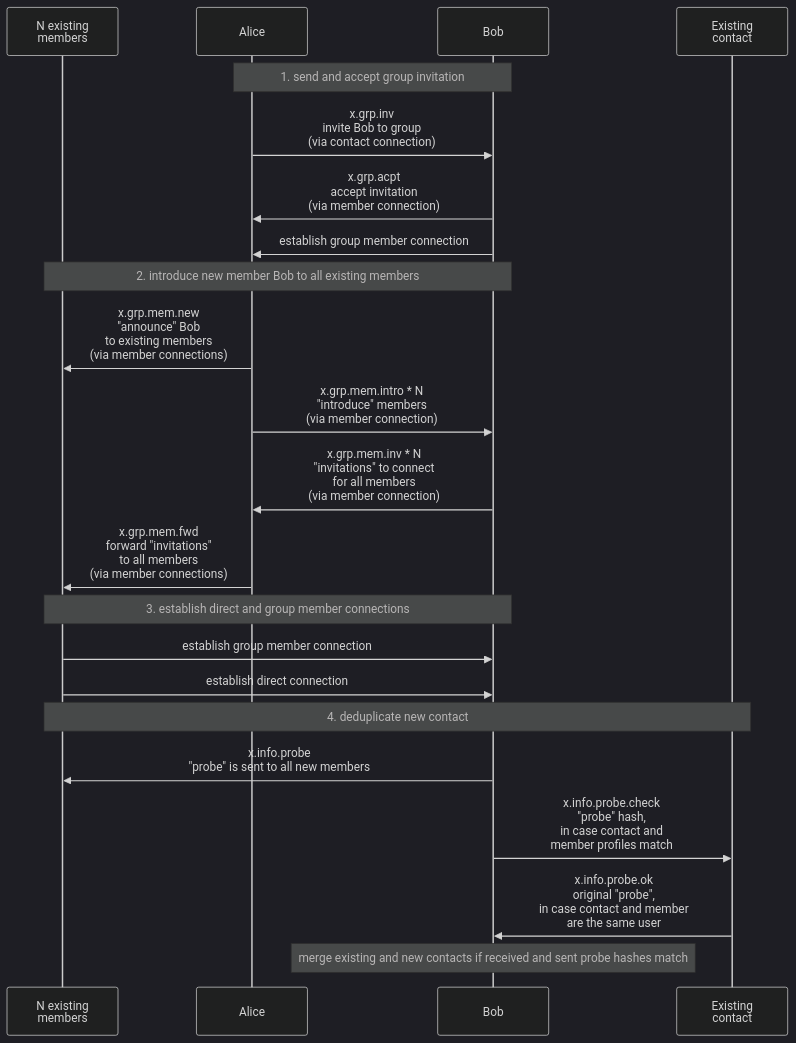
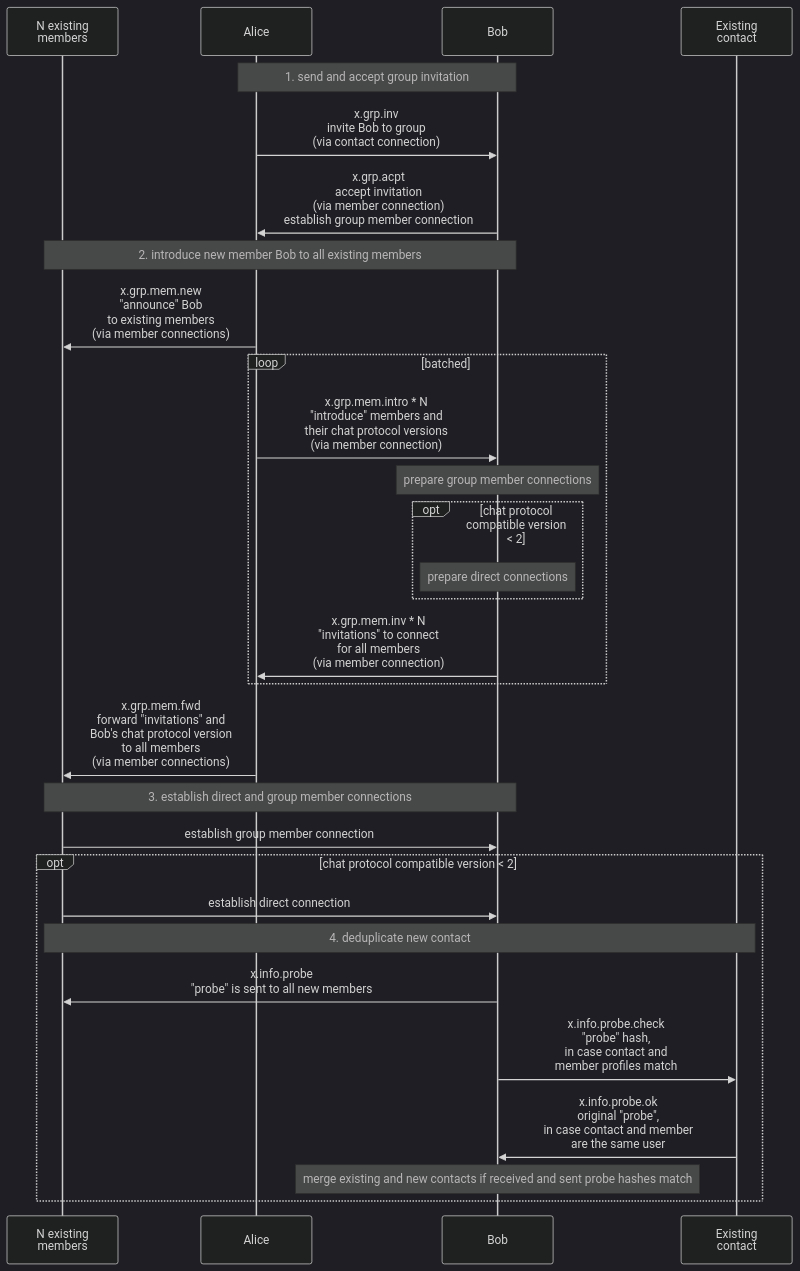
The diagram in docs/protocol/diagrams/group.mmd (simplex-chat/simplex-chat), drawn with Mermaid (dark theme) before and after one commit. The commit also changed 13 other files, not shown here.

Commit message:
core: don't create direct connections in group

```diff
--- a/docs/protocol/diagrams/group.mmd
+++ b/docs/protocol/diagrams/group.mmd
@@ -1,26 +1,33 @@
 sequenceDiagram
   participant M as N existing<br>members
   participant A as Alice
   participant B as Bob
   participant C as Existing<br>contact
-  
+
   note over A, B: 1. send and accept group invitation
   A ->> B: x.grp.inv<br>invite Bob to group<br>(via contact connection)
-  B ->> A: x.grp.acpt<br>accept invitation<br>(via member connection)
-  B ->> A: establish group member connection
+  B ->> A: x.grp.acpt<br>accept invitation<br>(via member connection)<br>establish group member connection
 
   note over M, B: 2. introduce new member Bob to all existing members
   A ->> M: x.grp.mem.new<br>"announce" Bob<br>to existing members<br>(via member connections)
-  A ->> B: x.grp.mem.intro * N<br>"introduce" members<br>(via member connection)
-  B ->> A: x.grp.mem.inv * N<br>"invitations" to connect<br>for all members<br>(via member connection)
-  A ->> M: x.grp.mem.fwd<br>forward "invitations"<br>to all members<br>(via member connections)
+  loop batched
+    A ->> B: x.grp.mem.intro * N<br>"introduce" members and<br>their chat protocol versions<br>(via member connection)
+    note over B: prepare group member connections
+    opt chat protocol compatible version < 2
+      note over B: prepare direct connections
+    end
+    B ->> A: x.grp.mem.inv * N<br>"invitations" to connect<br>for all members<br>(via member connection)
+  end
+  A ->> M: x.grp.mem.fwd<br>forward "invitations" and<br>Bob's chat protocol version<br>to all members<br>(via member connections)
 
   note over M, B: 3. establish direct and group member connections
   M ->> B: establish group member connection
-  M ->> B: establish direct connection
 
-  note over M, C: 4. deduplicate new contact
-  B ->> M: x.info.probe<br>"probe" is sent to all new members
-  B ->> C: x.info.probe.check<br>"probe" hash,<br>in case contact and<br>member profiles match
-  C ->> B: x.info.probe.ok<br> original "probe",<br> in case contact and member<br>are the same user
-  note over B: merge existing and new contacts if received and sent probe hashes match
+  opt chat protocol compatible version < 2
+    M ->> B: establish direct connection
+    note over M, C: 4. deduplicate new contact
+    B ->> M: x.info.probe<br>"probe" is sent to all new members
+    B ->> C: x.info.probe.check<br>"probe" hash,<br>in case contact and<br>member profiles match
+    C ->> B: x.info.probe.ok<br> original "probe",<br> in case contact and member<br>are the same user
+    note over B: merge existing and new contacts if received and sent probe hashes match
+  end
```
